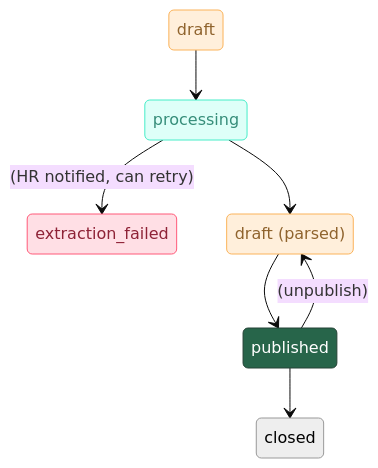
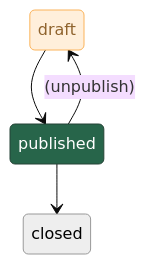
Before and after one commit to joshsoftware/EZScreen: the third of 6 diagrams in docs/architecture/SYSTEM_DESIGN.md, drawn with Mermaid (base theme). The commit also changed other lines of this file, not shown here.

````diff
--- a/docs/architecture/SYSTEM_DESIGN.md
+++ b/docs/architecture/SYSTEM_DESIGN.md
@@ -374,21 +393,14 @@
 ```mermaid
 stateDiagram
   direction TB
   classDef Aqua stroke-width:1px,stroke-dasharray:none,stroke:#46EDC8,fill:#DEFFF8,color:#378E7A;
-  classDef Rose stroke-width:1px,stroke-dasharray:none,stroke:#FF5978,fill:#FFDFE5,color:#8E2236;
   classDef Peach stroke-width:1px,stroke-dasharray:none,stroke:#FBB35A,fill:#FFEFDB,color:#8F632D;
   classDef Pine stroke-width:1px,stroke-dasharray:none,stroke:#254336,fill:#27654A,color:#FFFFFF;
   classDef Ash stroke-width:1px,stroke-dasharray:none,stroke:#999999,fill:#EEEEEE,color:#000000;
-  draft --> processing
-  processing --> extraction_failed:(HR notified, can retry)
-  processing --> draft_parsed
-  draft_parsed --> published
+  draft --> published
   published --> closed
-  published --> draft_parsed:(unpublish)
-  draft_parsed:draft (parsed)
-  class processing Aqua
-  class extraction_failed Rose
-  class draft,draft_parsed Peach
+  published --> draft:(unpublish)
+  class draft Peach
   class published Pine
   class closed Ash
 ```
````
